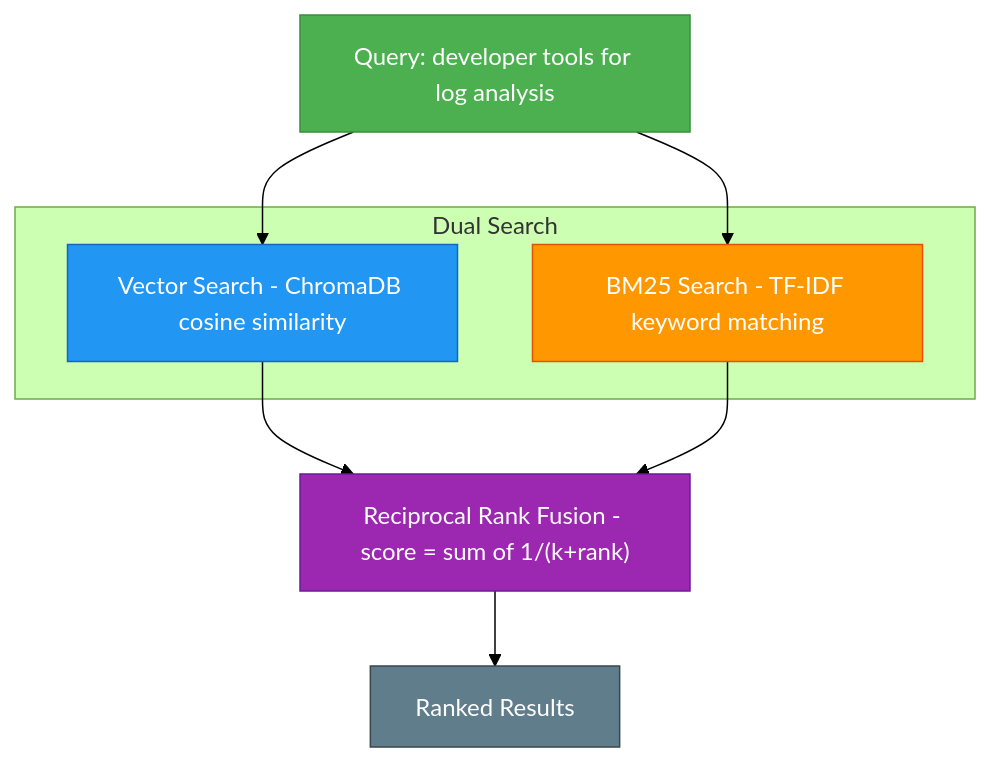
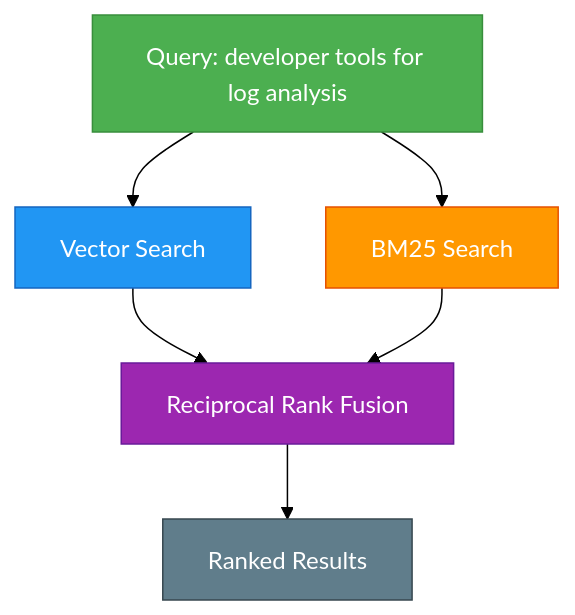
One commit to soumyachk101/IdeaForge changed the eighth of 10 diagrams in README.md. Above: the diagram before and after it, drawn with Mermaid (forest theme). The commit also changed other lines of this file, not shown here.

First line of the commit message:
Add comprehensive Mermaid diagrams - workflow, state machine, class diagram, and more

````diff
--- a/README.md
+++ b/README.md
@@ -351,25 +447,14 @@
 ```mermaid
-flowchart TB
-    Q["Query: developer tools for log analysis"]
-
-    subgraph SEARCH["Dual Search"]
-        VS["Vector Search - ChromaDB cosine similarity"]
-        BM["BM25 Search - TF-IDF keyword matching"]
-    end
-
-    FUSION["Reciprocal Rank Fusion - score = sum of 1/(k+rank)"]
-
-    RANK["Ranked Results"]
-
-    Q --> VS
-    Q --> BM
-    VS --> FUSION
-    BM --> FUSION
-    FUSION --> RANK
+graph TB
+    Q["Query: developer tools for log analysis"] --> VS["Vector Search"]
+    Q --> BM["BM25 Search"]
+    VS --> F["Reciprocal Rank Fusion"]
+    BM --> F
+    F --> R["Ranked Results"]
 
     style Q fill:#4CAF50,stroke:#388E3C,color:#fff
     style VS fill:#2196F3,stroke:#1565C0,color:#fff
     style BM fill:#FF9800,stroke:#E65100,color:#fff
-    style FUSION fill:#9C27B0,stroke:#6A1B9A,color:#fff
-    style RANK fill:#607D8B,stroke:#37474F,color:#fff
+    style F fill:#9C27B0,stroke:#6A1B9A,color:#fff
+    style R fill:#607D8B,stroke:#37474F,color:#fff
 ```
````
